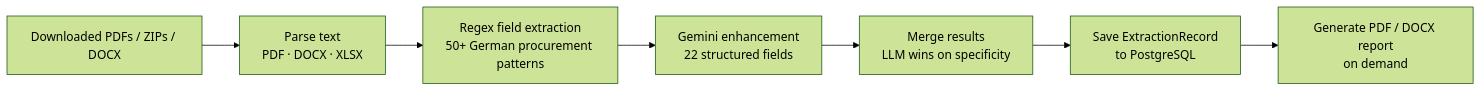
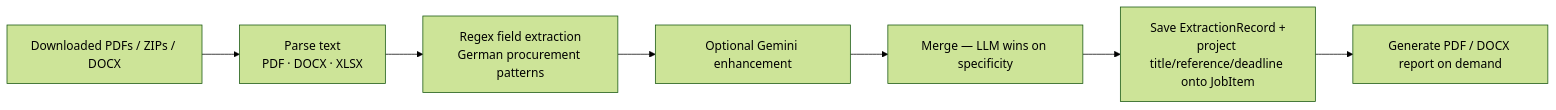
The ninth of 9 diagrams in docs/PIPELINE.md (Siddharthpatni/Project-1), drawn with Mermaid (forest theme) before and after one commit. The commit also changed other lines of this file and 9 other files, not shown here.

````diff
--- a/docs/PIPELINE.md
+++ b/docs/PIPELINE.md
@@ -285,9 +285,9 @@
 ```mermaid
 flowchart LR
     DOCS[Downloaded PDFs / ZIPs / DOCX] --> PARSE[Parse text<br/>PDF · DOCX · XLSX]
-    PARSE --> REGEX[Regex field extraction<br/>50+ German procurement patterns]
-    REGEX --> LLM[Gemini enhancement<br/>22 structured fields]
-    LLM --> MERGE[Merge results<br/>LLM wins on specificity]
-    MERGE --> DB[Save ExtractionRecord<br/>to PostgreSQL]
-    DB --> REPORT[Generate PDF / DOCX report<br/>on demand]
+    PARSE --> REGEX[Regex field extraction<br/>German procurement patterns]
+    REGEX --> LLM[Optional Gemini enhancement]
+    LLM --> MERGE[Merge — LLM wins on specificity]
+    MERGE --> DB[Save ExtractionRecord +<br/>project title/reference/deadline onto JobItem]
+    DB --> REPORT[Generate PDF / DOCX report on demand]
 ```
````
